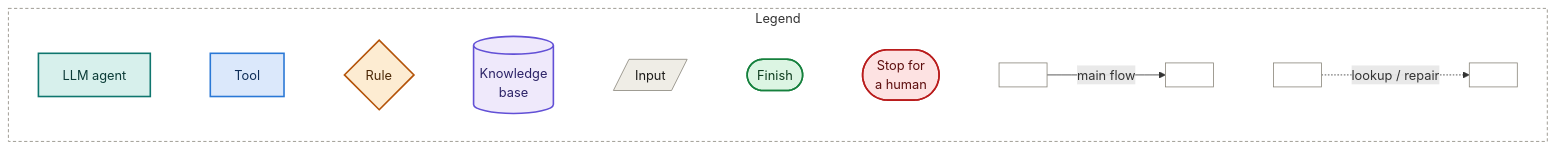
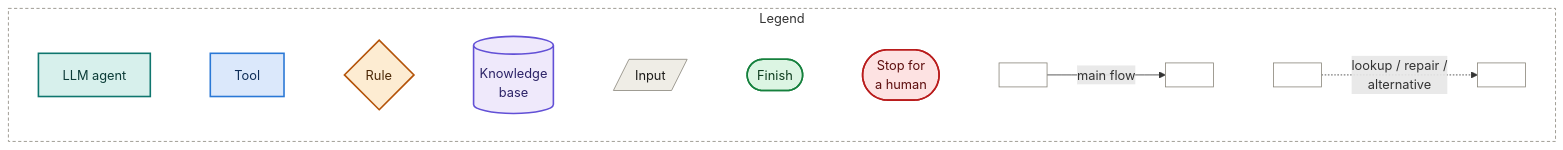
The second of 2 diagrams in README.md (Henil-08/rtl-coverage-agents), drawn with Mermaid before and after one commit. The commit also changed other lines of this file and 17 other files, not shown here.

````diff
--- a/README.md
+++ b/README.md
@@ -178,19 +155,19 @@
 ```mermaid
 flowchart LR
     subgraph Legend
         direction LR
         L1["LLM agent"]:::llm ~~~ L2["Tool"]:::tool ~~~ L3{"Rule"}:::rule ~~~ L4[("Knowledge<br/>base")]:::kb ~~~ L5[/"Input"/]:::input ~~~ L6(["Finish"]):::done ~~~ L7(["Stop for<br/>a human"]):::bad ~~~ E1[" "]:::plain
         E1 -- "main flow" --> E2[" "]:::plain ~~~ E3[" "]:::plain
-        E3 -. "lookup / repair" .-> E4[" "]:::plain
+        E3 -. "lookup / repair /<br/>alternative" .-> E4[" "]:::plain
     end
 
     classDef input fill:#efede6,stroke:#8a867b,color:#1c1b19
     classDef kb fill:#efe9fb,stroke:#6250d6,stroke-width:2px,color:#2b2266
     classDef llm fill:#d7f0ec,stroke:#0f766e,stroke-width:2px,color:#0b3b37
     classDef tool fill:#dbe8fb,stroke:#2a78d6,stroke-width:2px,color:#0d2c57
     classDef rule fill:#fdecd2,stroke:#b45309,stroke-width:2px,color:#4a2604
     classDef done fill:#dcf5e3,stroke:#15803d,stroke-width:2px,color:#0d3b1d
     classDef bad fill:#fde2e2,stroke:#b91c1c,stroke-width:2px,color:#5c0d0d
     classDef plain fill:#ffffff,stroke:#8a867b,color:#1c1b19
     style Legend fill:transparent,stroke:#8a867b,stroke-dasharray:4 3
 ```
````
